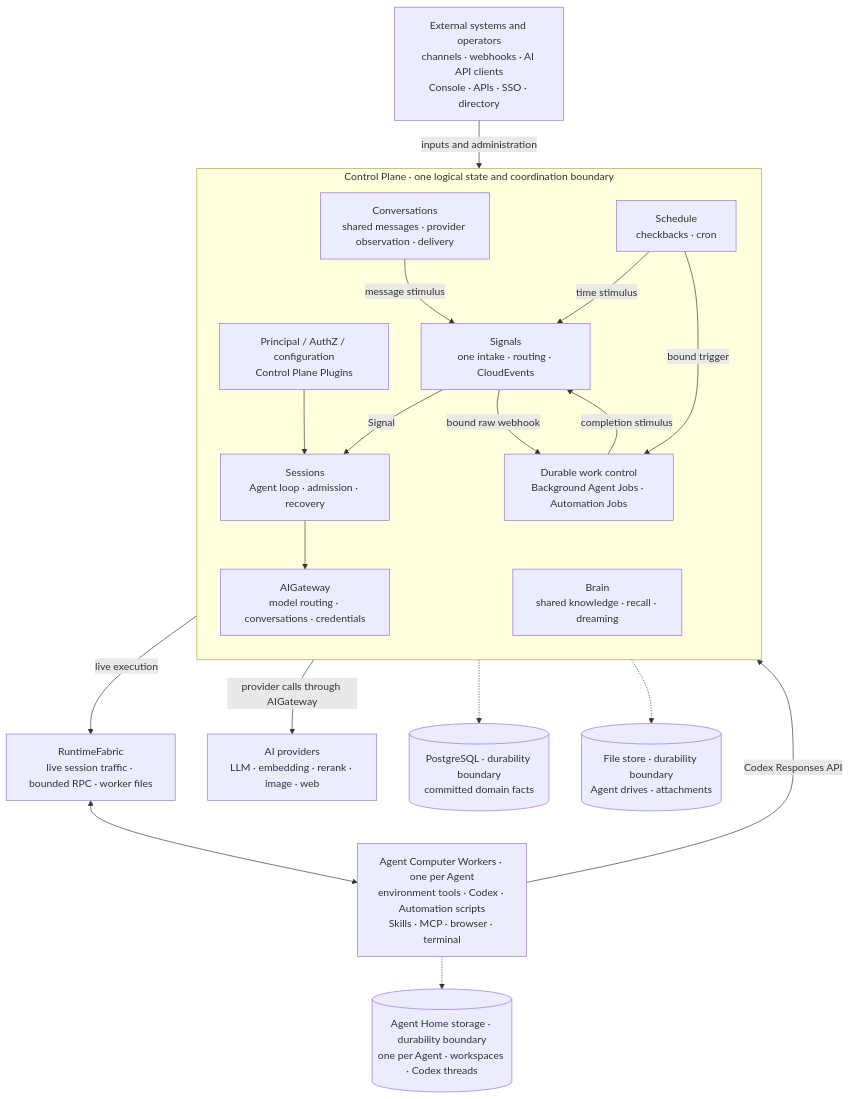
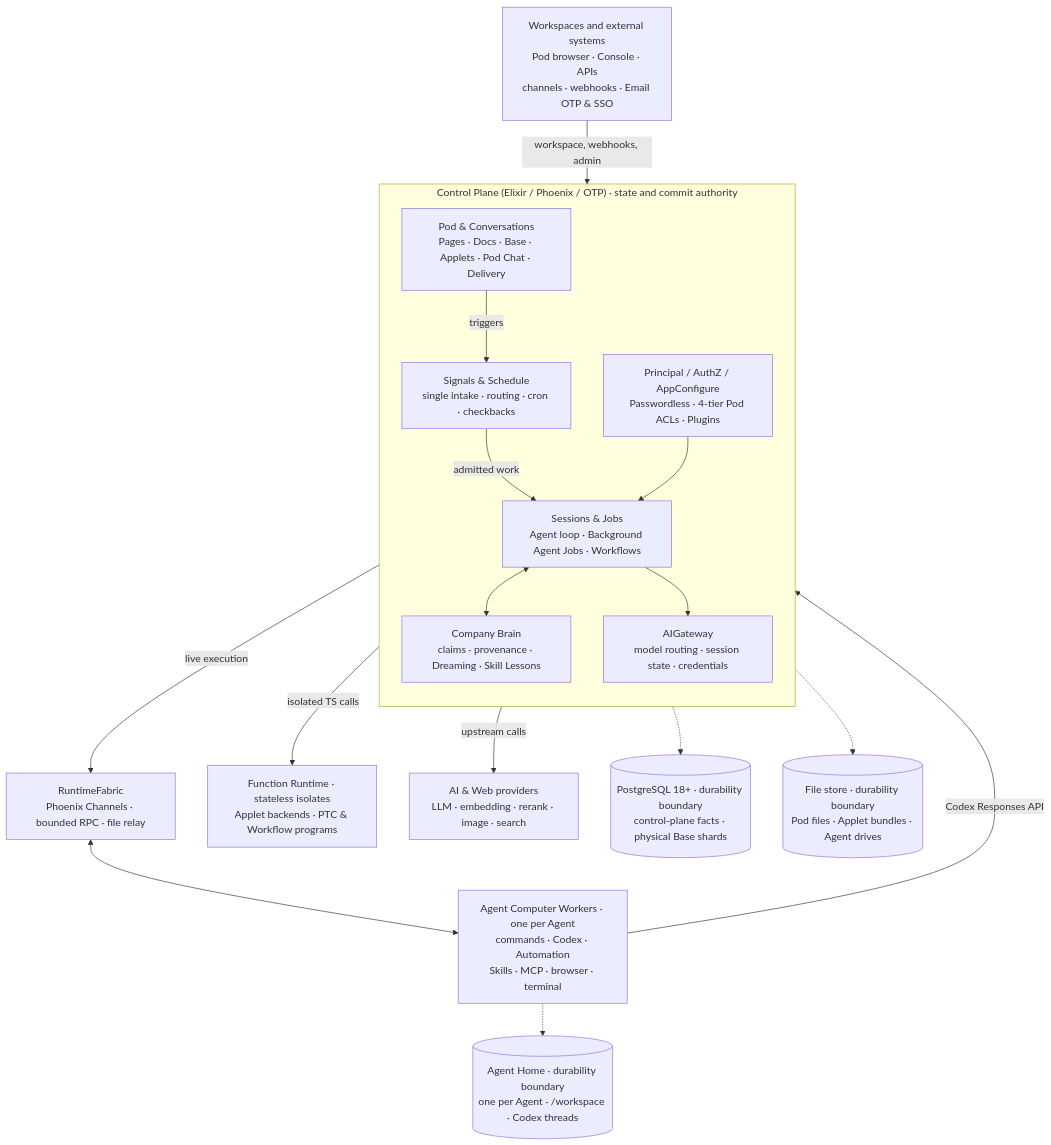
One commit to AgentBull/ankole changed the diagram in README.md. Above: the diagram before and after it, drawn with Mermaid. The commit also changed other lines of this file and 556 other files, not shown here.

First line of the commit message:
feat: add local function runtime image management and sccache support

````diff
--- a/README.md
+++ b/README.md
@@ -152,41 +150,38 @@
 ```mermaid
 flowchart TB
-  External["External systems and operators<br/>channels · webhooks · AI API clients<br/>Console · APIs · SSO · directory"]
+  External["Workspaces and external systems<br/>Pod browser · Console · APIs<br/>channels · webhooks · Email OTP & SSO"]
 
-  subgraph Control["Control Plane · one logical state and coordination boundary"]
+  subgraph Control["Control Plane (Elixir / Phoenix / OTP) · state and commit authority"]
     direction TB
-    Platform["Principal / AuthZ / configuration<br/>Control Plane Plugins"]
-    Convo["Conversations<br/>shared messages · provider observation · delivery"]
-    Signals["Signals<br/>one intake · routing · CloudEvents"]
-    Schedule["Schedule<br/>checkbacks · cron"]
-    Runtime["Sessions<br/>Agent loop · admission · recovery"]
-    Jobs["Durable work control<br/>Background Agent Jobs · Automation Jobs"]
-    Brain["Brain<br/>shared knowledge · recall · dreaming"]
-    AI["AIGateway<br/>model routing · conversations · credentials"]
+    Pod["Pod & Conversations<br/>Pages · Docs · Base · Applets · Pod Chat · Delivery"]
+    Platform["Principal / AuthZ / AppConfigure<br/>Passwordless · 4-tier Pod ACLs · Plugins"]
+    Signals["Signals & Schedule<br/>single intake · routing · cron · checkbacks"]
+    Runtime["Sessions & Jobs<br/>Agent loop · Background Agent Jobs · Workflows"]
+    Brain["Company Brain<br/>claims · provenance · Dreaming · Skill Lessons"]
+    AI["AIGateway<br/>model routing · session state · credentials"]
   end
 
-  Fabric["RuntimeFabric<br/>live session traffic · bounded RPC · worker files"]
-  Workers["Agent Computer Workers · one per Agent<br/>environment tools · Codex · Automation scripts<br/>Skills · MCP · browser · terminal"]
-  Providers["AI providers<br/>LLM · embedding · rerank · image · web"]
+  Fabric["RuntimeFabric<br/>Phoenix Channels · bounded RPC · file relay"]
+  Workers["Agent Computer Workers · one per Agent<br/>commands · Codex · Automation<br/>Skills · MCP · browser · terminal"]
+  FnRuntime["Function Runtime · stateless isolates<br/>Applet backends · PTC & Workflow programs"]
+  Providers["AI & Web providers<br/>LLM · embedding · rerank · image · search"]
 
-  PG[("PostgreSQL · durability boundary<br/>committed domain facts")]
-  Files[("File store · durability boundary<br/>Agent drives · attachments")]
-  Homes[("Agent Home storage · durability boundary<br/>one per Agent · workspaces · Codex threads")]
+  PG[("PostgreSQL 18+ · durability boundary<br/>control-plane facts · physical Base shards")]
+  Files[("File store · durability boundary<br/>Pod files · Applet bundles · Agent drives")]
+  Homes[("Agent Home · durability boundary<br/>one per Agent · /workspace · Codex threads")]
 
-  External -->|"inputs and administration"| Control
-  Convo -->|"message stimulus"| Signals
-  Schedule -->|"time stimulus"| Signals
-  Jobs -->|"completion stimulus"| Signals
-  Signals -->|"Signal"| Runtime
-  Signals -->|"bound raw webhook"| Jobs
-  Schedule -->|"bound trigger"| Jobs
+  External -->|"workspace, webhooks, admin"| Control
+  Pod -->|"triggers"| Signals
+  Signals -->|"admitted work"| Runtime
   Platform --> Runtime
+  Runtime <--> Brain
   Runtime --> AI
+  Control -->|"isolated TS calls"| FnRuntime
   Control -->|"live execution"| Fabric
   Fabric <--> Workers
   Workers -->|"Codex Responses API"| AI
-  Control -->|"provider calls through AIGateway"| Providers
+  AI -->|"upstream calls"| Providers
   Control -.-> PG
   Control -.-> Files
   Workers -.-> Homes
 ```
````
